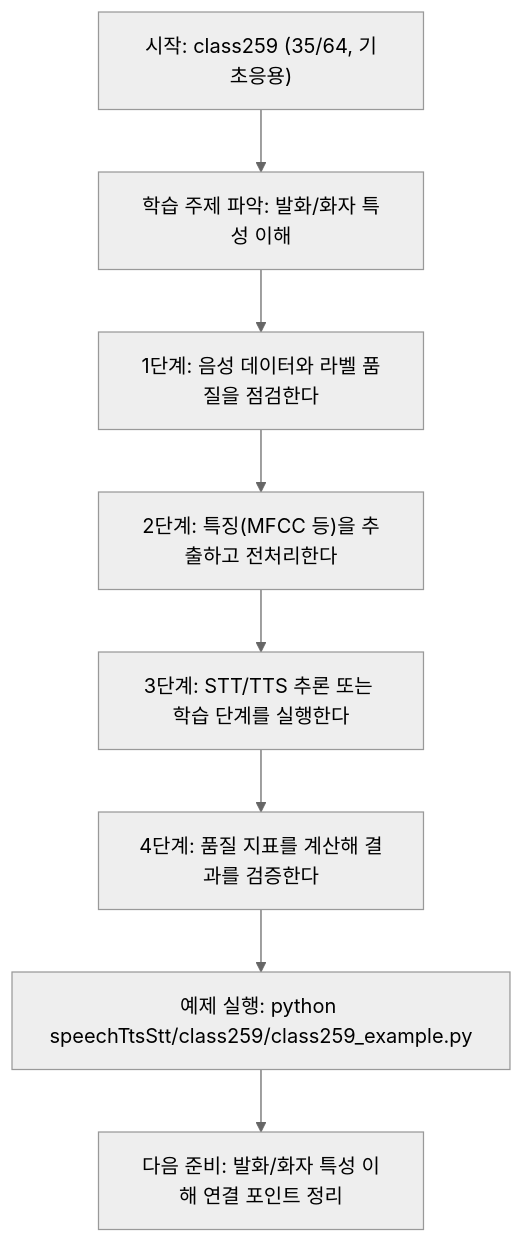
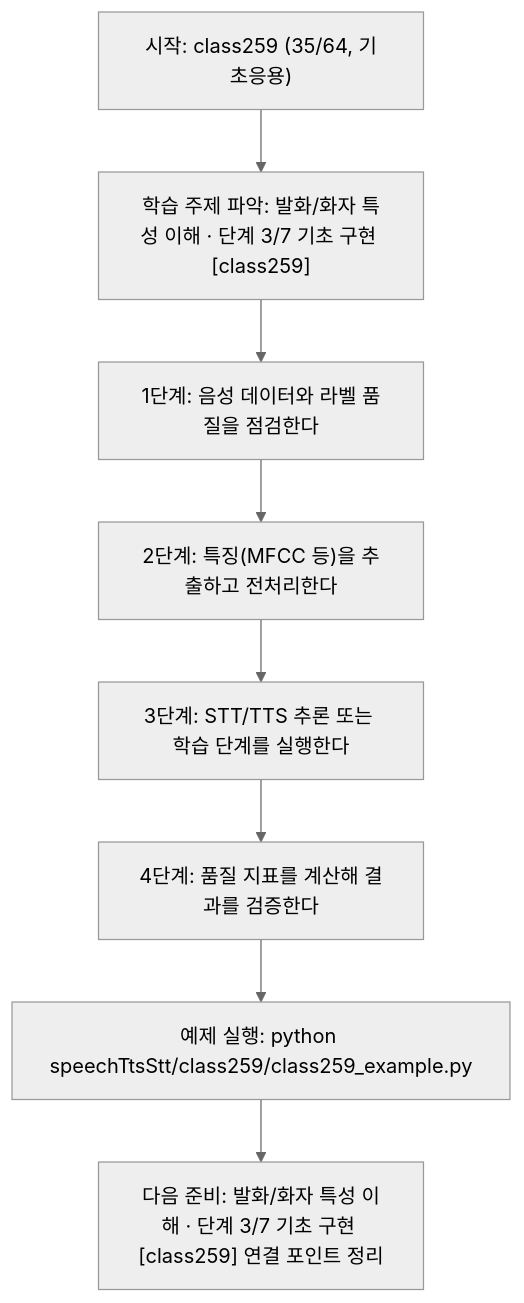
The diagram in speechTtsStt/class259/class259.md (edumgt/Python-AI_Agent-Class), drawn with Mermaid (neutral theme) before and after one commit. The commit also changed other lines of this file and 522 other files, not shown here.

````diff
--- a/speechTtsStt/class259/class259.md
+++ b/speechTtsStt/class259/class259.md
@@ -114,18 +115,18 @@
 ```mermaid
 flowchart TD
 N1["시작: class259 (35/64, 기초응용)"]
-N2["학습 주제 파악: 발화/화자 특성 이해"]
+N2["학습 주제 파악: 발화/화자 특성 이해 · 단계 3/7 기초 구현 [class259]"]
 N3["1단계: 음성 데이터와 라벨 품질을 점검한다"]
 N4["2단계: 특징(MFCC 등)을 추출하고 전처리한다"]
 N5["3단계: STT/TTS 추론 또는 학습 단계를 실행한다"]
 N6["4단계: 품질 지표를 계산해 결과를 검증한다"]
 N7["예제 실행: python speechTtsStt/class259/class259_example.py"]
-N8["다음 준비: 발화/화자 특성 이해 연결 포인트 정리"]
+N8["다음 준비: 발화/화자 특성 이해 · 단계 3/7 기초 구현 [class259] 연결 포인트 정리"]
 N1 --> N2
 N2 --> N3
 N3 --> N4
 N4 --> N5
 N5 --> N6
 N6 --> N7
 N7 --> N8
 ```
````
